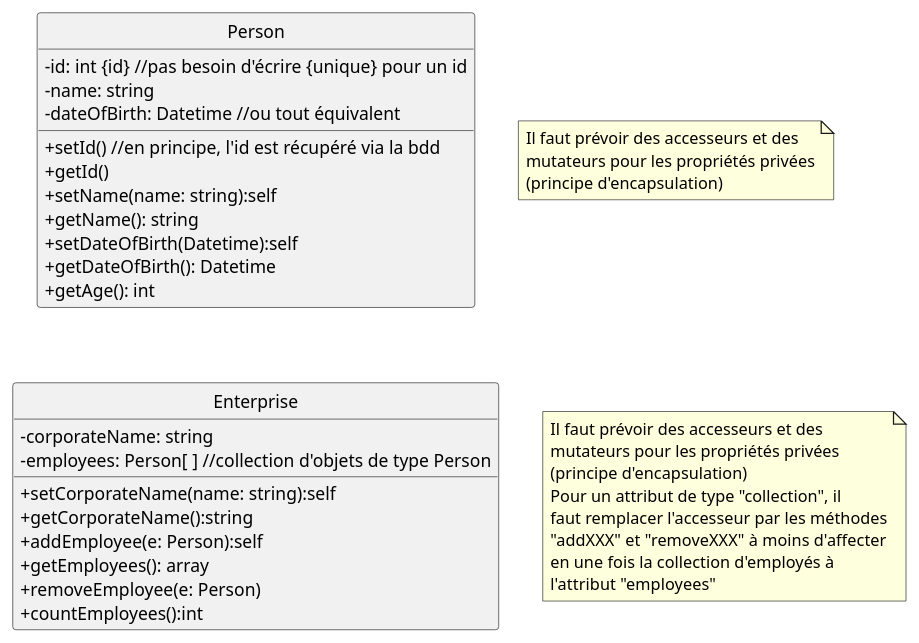
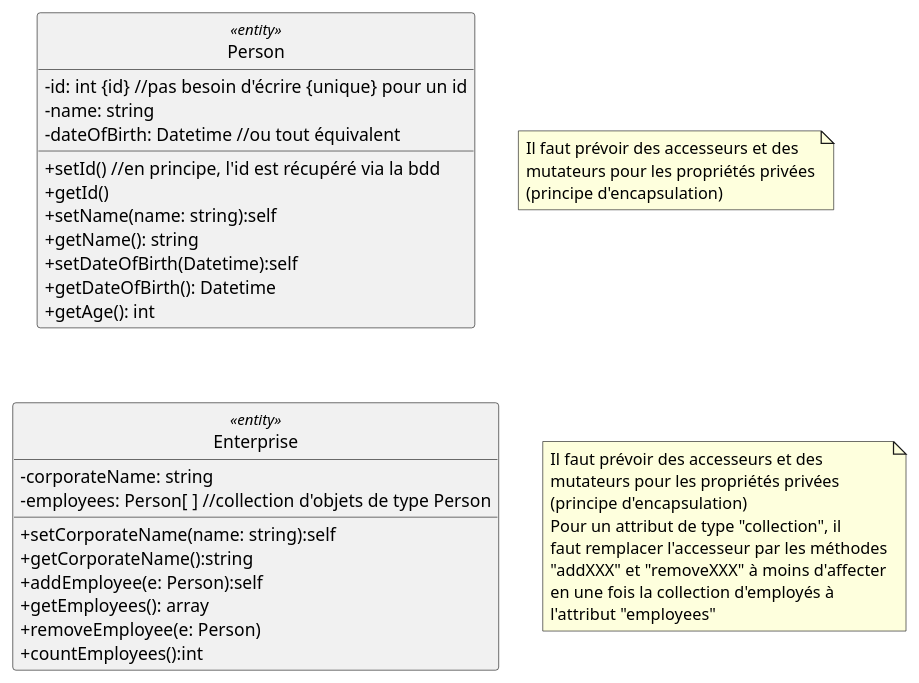
One commit to bbauer02/3wa_uml changed the first of 2 diagrams in document/01-2-outils_uml.adoc. Above: the diagram before and after it, drawn with PlantUML. The commit also changed other lines of this file and 2 other files, not shown here.

```diff
--- a/document/01-2-outils_uml.adoc
+++ b/document/01-2-outils_uml.adoc
@@ -61,51 +61,50 @@
 [plantuml,format=svg,role=class]
 ....
 hide circle
 skinparam classAttributeIconSize 0
 
-class Person {
+class Person <<entity>> {
     - id: int {id} //pas besoin d'écrire {unique} pour un id
     - name: string
     - dateOfBirth: Datetime //ou tout équivalent
 
     +setId() //en principe, l'id est récupéré via la bdd
     +getId()
     +setName(name: string):self
     +getName(): string
     +setDateOfBirth(Datetime):self
     +getDateOfBirth(): Datetime
     + getAge(): int
 }
 
 note as N1
 Il faut prévoir des accesseurs et des
 mutateurs pour les propriétés privées
 (principe d'encapsulation)
 end note
 
 
 
-class Enterprise {
+class Enterprise <<entity>>{
     -corporateName: string
     -employees: Person[ ] //collection d'objets de type Person
 
     +setCorporateName(name: string):self
     +getCorporateName():string
     +addEmployee(e: Person):self
     +getEmployees(): array
     +removeEmployee(e: Person)
     +countEmployees():int
 }
 
 note as N2
 Il faut prévoir des accesseurs et des
 mutateurs pour les propriétés privées
 (principe d'encapsulation)
 Pour un attribut de type "collection", il
 faut remplacer l'accesseur par les méthodes
 "addXXX" et "removeXXX" à moins d'affecter
 en une fois la collection d'employés à
 l'attribut "employees"
 end note
-
 ....
```
